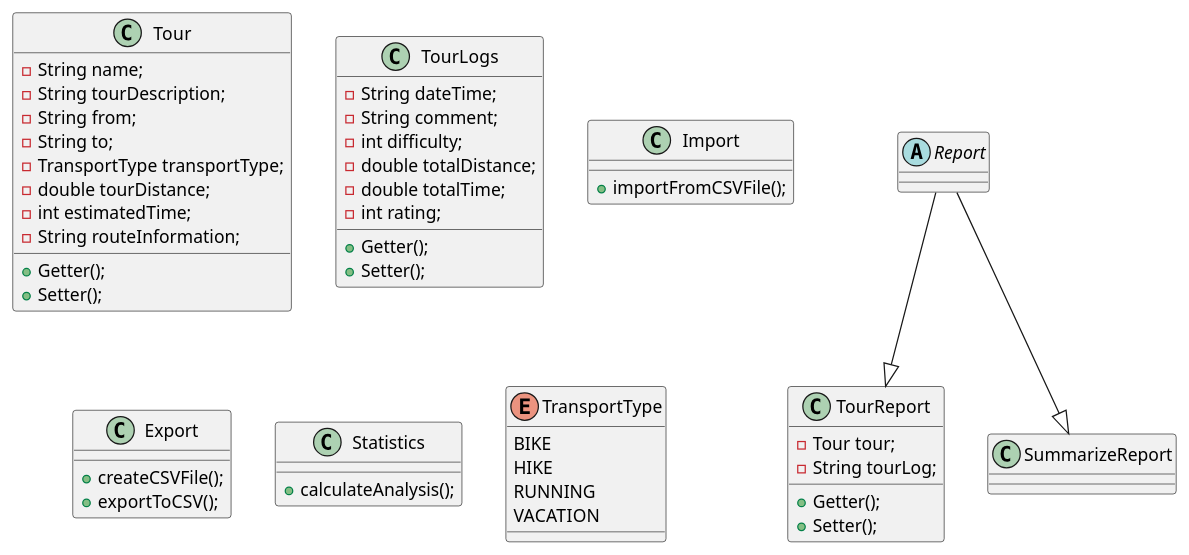
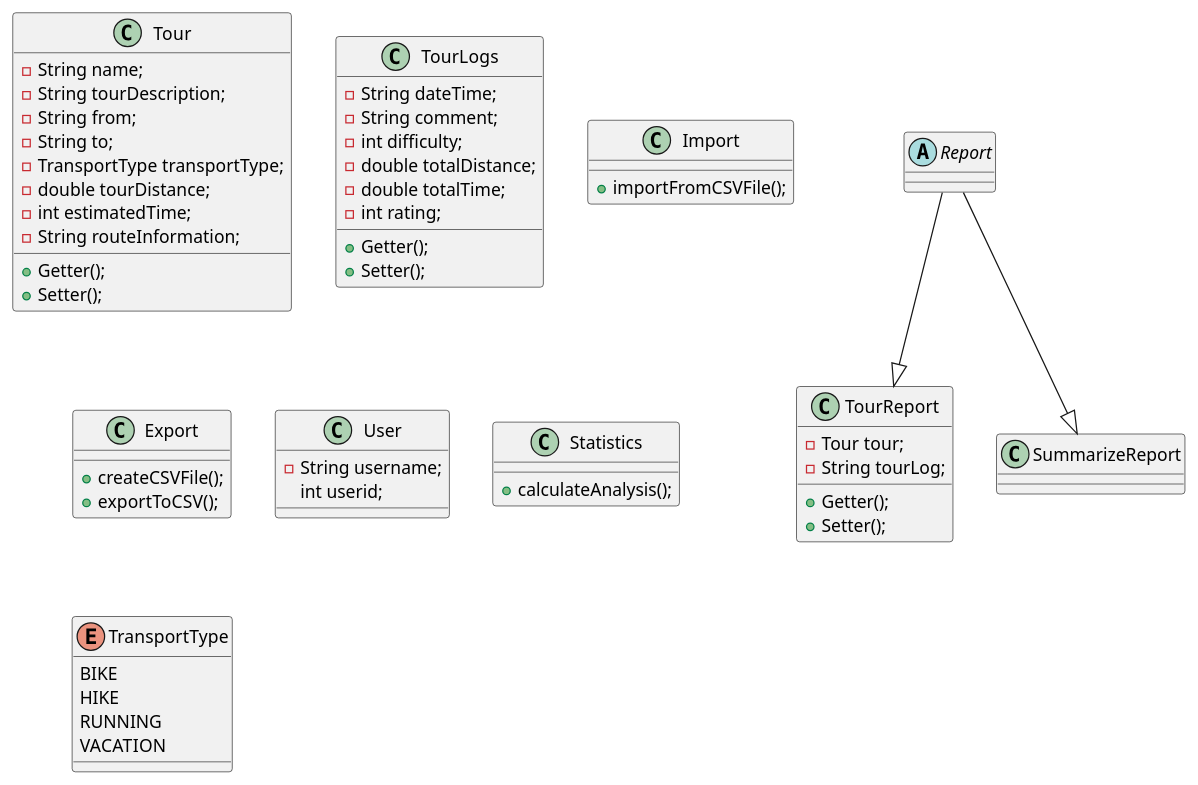
Before and after one commit to VladanPetkovic/tourPlanner: the diagram in docs/project.puml, drawn with PlantUML. The commit also changed 2 other files, not shown here.

```diff
--- a/docs/project.puml
+++ b/docs/project.puml
@@ -1,66 +1,71 @@
 @startuml
 'https://plantuml.com/class-diagram
 
 class Tour {
     -String name;
     -String tourDescription;
     -String from;
     -String to;
     -TransportType transportType;
     -double tourDistance;
     -int estimatedTime;
     -String routeInformation;
     +Getter();
     +Setter();
 }
 
 class TourLogs {
     -String dateTime;
     -String comment;
     -int difficulty;
     -double totalDistance;
     -double totalTime;
     -int rating;
     +Getter();
     +Setter();
 }
 
 class Import {
     +importFromCSVFile();
 }
 
 class Export {
     +createCSVFile();
     +exportToCSV();
 }
 
+class User {
+    -String username;
+    int userid;
+}
+
 abstract class Report {
 
 }
 
 class TourReport {
     -Tour tour;
     -String tourLog;
     +Getter();
     +Setter();
 }
 
 class SummarizeReport {
 
 }
 
 class Statistics {
     +calculateAnalysis();
 }
 
 enum TransportType {
     BIKE
     HIKE
     RUNNING
     VACATION
 }
 
 Report --|> SummarizeReport
 Report --|> TourReport
 
 @enduml
```
